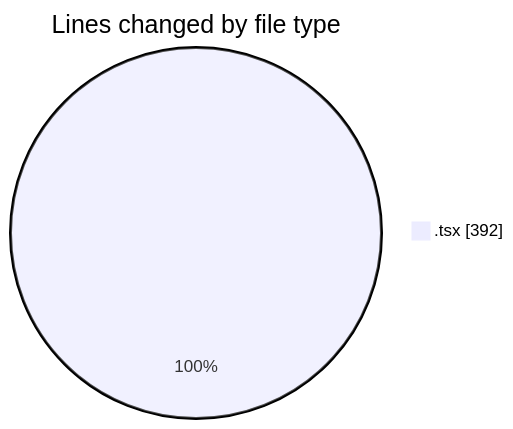
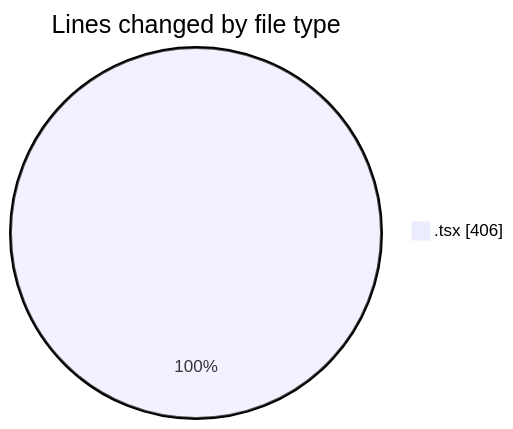
Before and after one commit to EIIisD/code-tracking: the first of 2 diagrams in 2025-08-02/tw-server/README.md, drawn with Mermaid. The commit also changed other lines of this file and 1 other file, not shown here.

````diff
--- a/2025-08-02/tw-server/README.md
+++ b/2025-08-02/tw-server/README.md
@@ -21,5 +21,5 @@
 ```mermaid
 pie showData
 title Lines changed by file type
-".tsx" : 392
+".tsx" : 406
 ```
````
